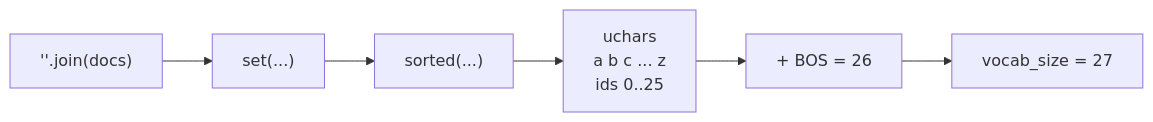
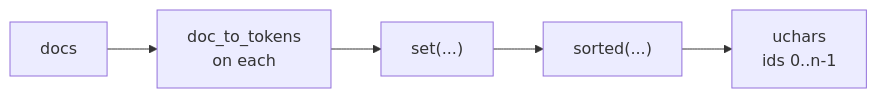
Before and after one commit to scotfree/lightningcatcher: the second of 3 diagrams in lcgpt/notebooks/01_plumbing_and_tokenization.md, drawn with Mermaid. The commit also changed other lines of this file and 11 other files, not shown here.

````diff
--- a/lcgpt/notebooks/01_plumbing_and_tokenization.md
+++ b/lcgpt/notebooks/01_plumbing_and_tokenization.md
@@ -89,8 +84,7 @@
 ```mermaid
 flowchart LR
-    A["''.join(docs)"] --> B["set(...)"]
-    B --> C["sorted(...)"]
-    C --> D["uchars<br/>a b c ... z<br/>ids 0..25"]
-    D --> E["+ BOS = 26"]
-    E --> F["vocab_size = 27"]
+    A["docs"] --> B["doc_to_tokens<br/>on each"]
+    B --> C["set(...)"]
+    C --> D["sorted(...)"]
+    D --> E["uchars<br/>ids 0..n-1"]
 ```
````
